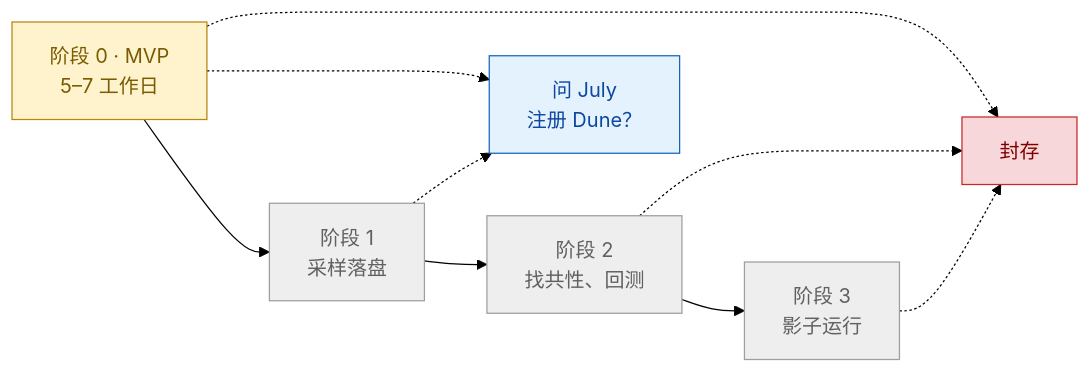
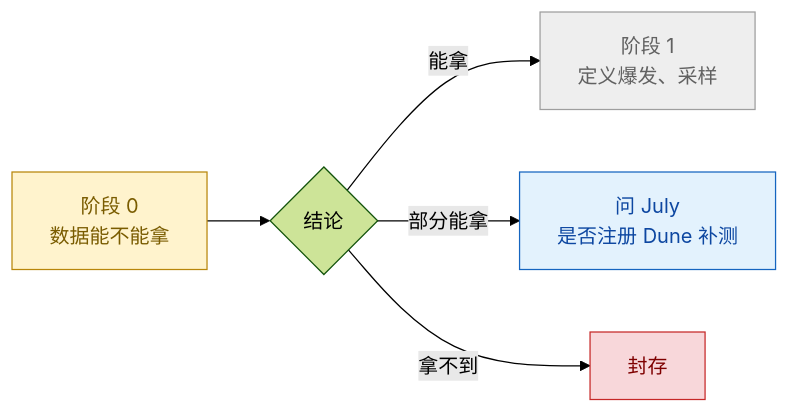
One commit to JulyWA/lp-monitor-3.0-snapshot changed the first of 2 diagrams in docs/meme/TASK-meme-token-watch-stage0-draft.md. Above: the diagram before and after it, drawn with Mermaid (forest theme). The commit also changed other lines of this file, not shown here.

First line of the commit message:
docs(meme)：阶段 0 收窄为「数据能不能拿、怎么拿」

````diff
--- a/docs/meme/TASK-meme-token-watch-stage0-draft.md
+++ b/docs/meme/TASK-meme-token-watch-stage0-draft.md
@@ -24,13 +19,11 @@
 ```mermaid
 flowchart LR
-  S0["阶段 0 · MVP<br/>5–7 工作日"]:::doing --> S1["阶段 1<br/>采样落盘"]:::todo --> S2["阶段 2<br/>找共性、回测"]:::todo --> S3["阶段 3<br/>影子运行"]:::todo
-  S0 -.-> Q["问 July<br/>注册 Dune？"]:::ask
-  S1 -.-> Q
-  S0 -.-> X["封存"]:::stop
-  S2 -.-> X
-  S3 -.-> X
+  S0["阶段 0<br/>数据能不能拿"]:::doing --> R{"结论"}
+  R -->|"能拿"| S1["阶段 1<br/>定义爆发、采样"]:::todo
+  R -->|"部分能拿"| Q["问 July<br/>是否注册 Dune 补测"]:::ask
+  R -->|"拿不到"| X["封存"]:::stop
   classDef doing fill:#fff3cd,stroke:#b8860b,color:#7a5c00
   classDef todo fill:#eeeeee,stroke:#9e9e9e,color:#616161
   classDef stop fill:#f8d7da,stroke:#c62828,color:#7f0000
   classDef ask fill:#e3f2fd,stroke:#1565c0,color:#0d47a1
 ```
````
